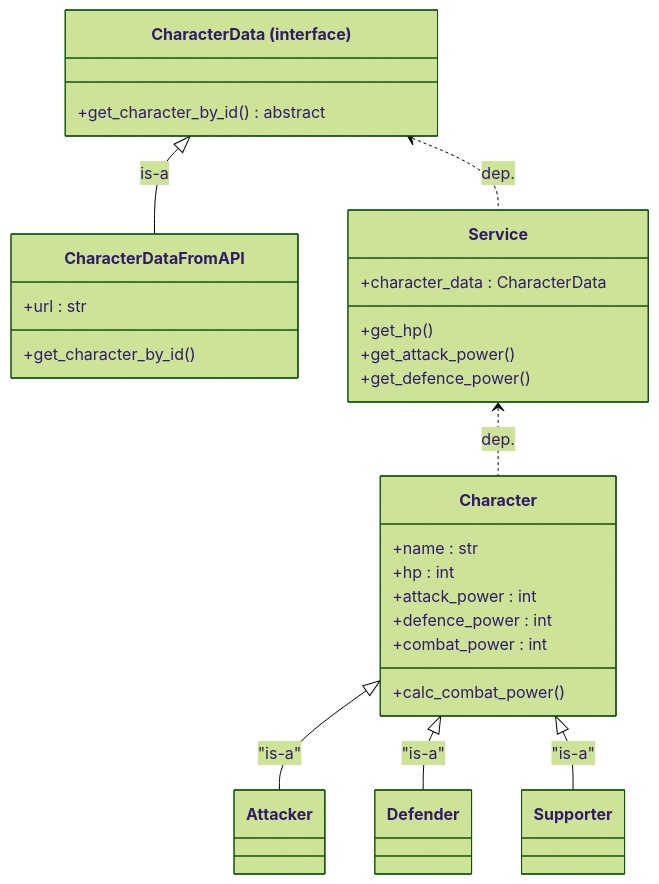
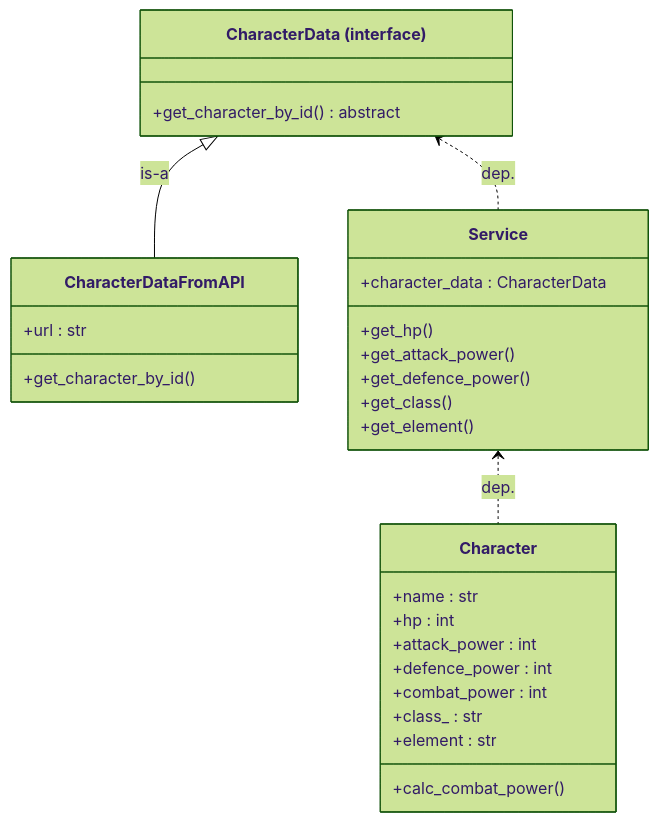
One commit to naorex/nikke_sim changed the diagram in docs/ClassDiagrams.md. Above: the diagram before and after it, drawn with Mermaid (forest theme). The commit also changed 3 other files, not shown here.

````diff
--- a/docs/ClassDiagrams.md
+++ b/docs/ClassDiagrams.md
@@ -3,44 +3,38 @@
 ```mermaid
 classDiagram
 
 class CharacterData ["CharacterData (interface)"] {
     +get_character_by_id() abstract
 }
 
 class CharacterDataFromAPI {
     +url : str
     +get_character_by_id()
 }
 
 class Service {
     +character_data : CharacterData
     +get_hp()
     +get_attack_power()
     +get_defence_power()
+    +get_class()
+    +get_element()
 }
 
 class Character {
     +name : str
     +hp : int
     +attack_power : int
     +defence_power : int
     +combat_power : int
+    +class_ : str
+    +element : str
     +calc_combat_power()
 }
-
-class Attacker
-
-class Defender
-
-class Supporter
 
 CharacterData <|-- CharacterDataFromAPI : is-a
 CharacterData <.. Service : dep.
 
 Service <.. Character : dep.
 
-Character <|-- Attacker : "is-a"
-Character <|-- Defender : "is-a"
-Character <|-- Supporter : "is-a"
-
 ```
````
